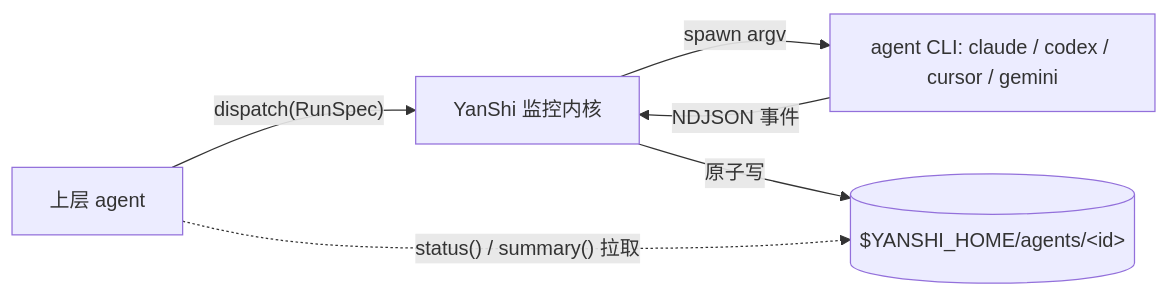
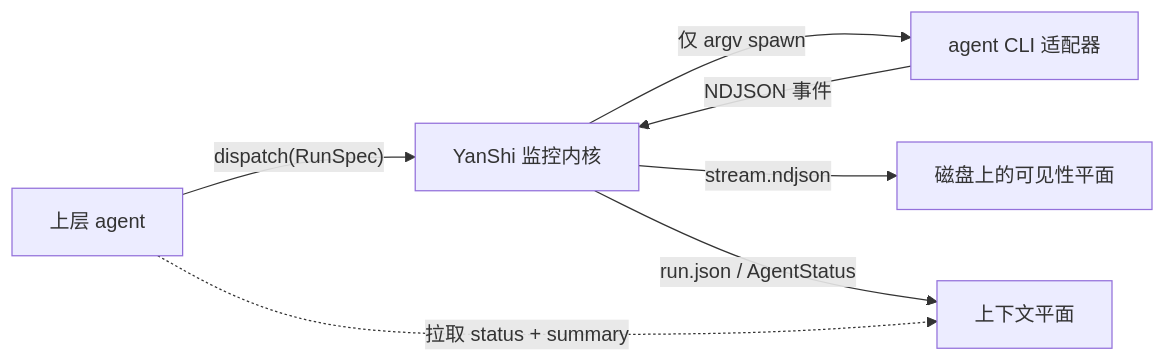
Before and after one commit to YoRHa-Agents/YanShi: the diagram in docs/index.zh.md, drawn with Mermaid. The commit also changed other lines of this file and 12 other files, not shown here.

````diff
--- a/docs/index.zh.md
+++ b/docs/index.zh.md
@@ -47,8 +58,9 @@
 ```mermaid
 flowchart LR
     parent["上层 agent"] -->|"dispatch(RunSpec)"| kernel["YanShi 监控内核"]
-    kernel -->|"spawn argv"| cli["agent CLI: claude / codex / cursor / gemini"]
+    kernel -->|"仅 argv spawn"| cli["agent CLI 适配器"]
     cli -->|"NDJSON 事件"| kernel
-    kernel -->|"原子写"| disk[("$YANSHI_HOME/agents/&lt;id&gt;")]
-    parent -.->|"status() / summary() 拉取"| disk
+    kernel -->|"stream.ndjson"| visibility["磁盘上的可见性平面"]
+    kernel -->|"run.json / AgentStatus"| context["上下文平面"]
+    parent -.->|"拉取 status + summary"| context
 ```
````
